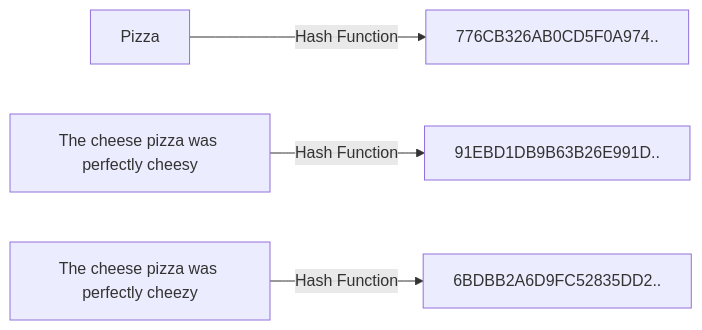
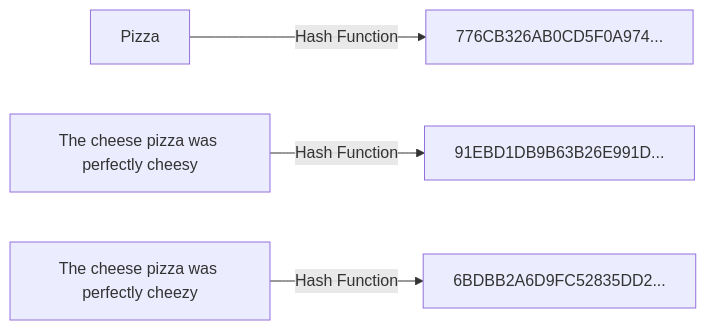
One commit to anieldev/demonet changed the diagram in README.md. Above: the diagram before and after it, drawn with Mermaid.

````diff
--- a/README.md
+++ b/README.md
@@ -7,6 +7,6 @@
 ```mermaid
 graph LR
-A[Pizza] -- Hash Function --> B[776CB326AB0CD5F0A974..]
-E[The cheese pizza was perfectly cheesy ] -- Hash Function --> F[91EBD1DB9B63B26E991D..]
-C[The cheese pizza was perfectly cheezy ] -- Hash Function --> D[6BDBB2A6D9FC52835DD2..]
+A[Pizza] -- Hash Function --> B[776CB326AB0CD5F0A974...]
+E[The cheese pizza was perfectly cheesy ] -- Hash Function --> F[91EBD1DB9B63B26E991D...]
+C[The cheese pizza was perfectly cheezy ] -- Hash Function --> D[6BDBB2A6D9FC52835DD2...]
 ```
````
